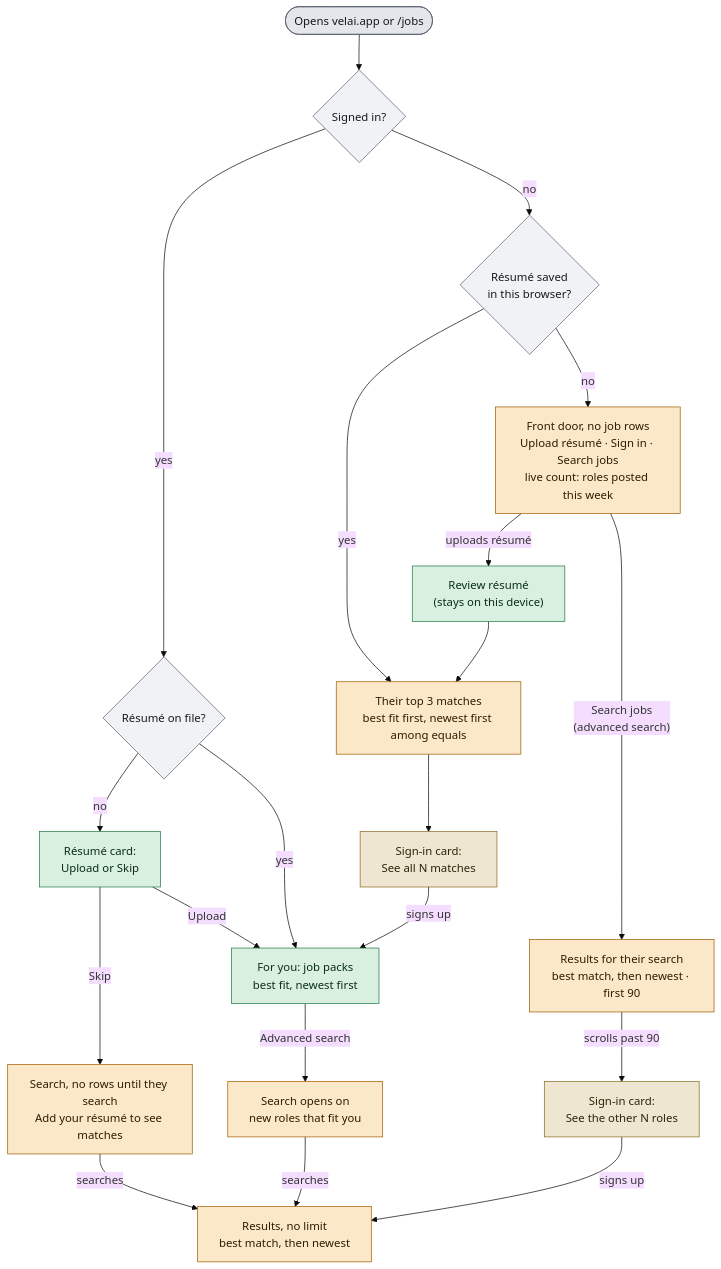
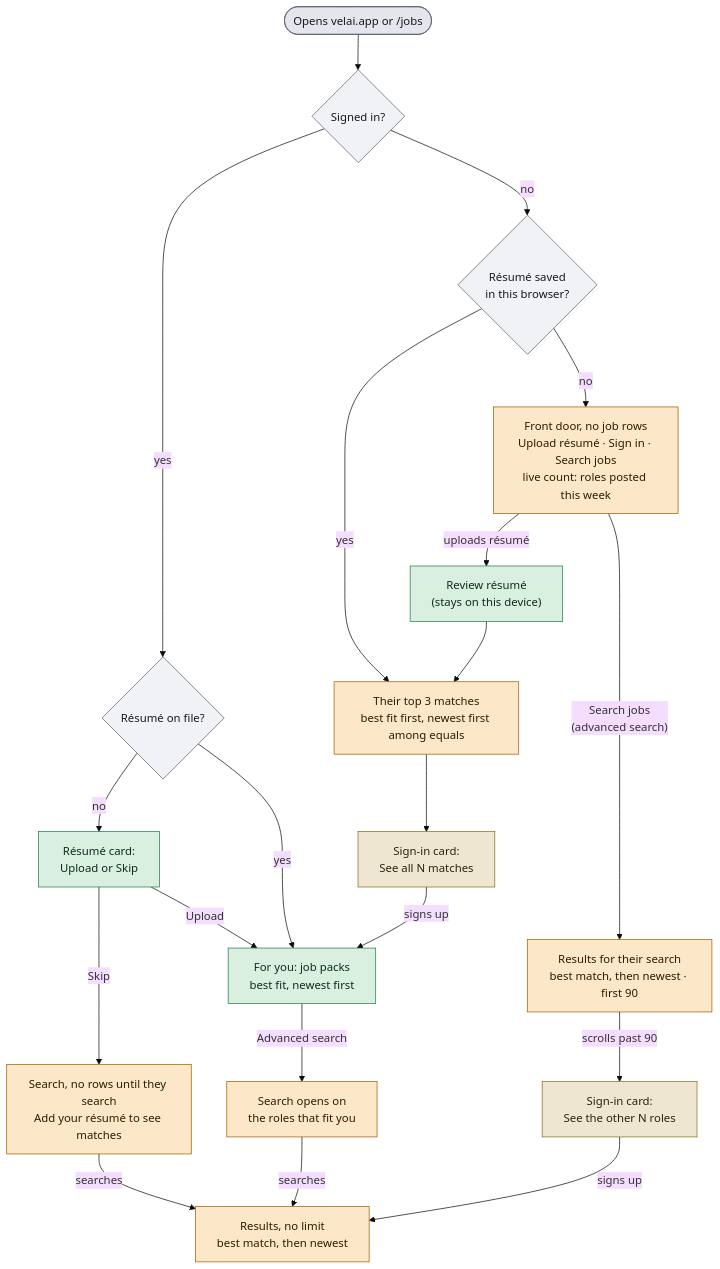
The second of 2 diagrams in tests/journeys/MAP.md (vvknyn/intervu), drawn with Mermaid (base theme) before and after one commit. The commit also changed other lines of this file, not shown here.

Commit message:
docs(journeys): MAP.md names what #711 and the search PR change
#711 now carries the /jobs front door and résumé-first Search, and the
search relevance PR the 90-day window and the country fix.

Claude-Session: https://claude.ai/code/session_012xiZCb2yFHNMiCuari5Mor

````diff
--- a/tests/journeys/MAP.md
+++ b/tests/journeys/MAP.md
@@ -41,27 +41,27 @@
 ```mermaid
 flowchart TD
   A([Opens velai.app or /jobs]):::entry --> B{Signed in?}
   B -- no --> C{Résumé saved<br/>in this browser?}
   C -- no --> D["Front door, no job rows<br/>Upload résumé · Sign in · Search jobs<br/>live count: roles posted this week"]:::new
   C -- yes --> I
   D -- uploads résumé --> R["Review résumé<br/>(stays on this device)"]:::same --> I["Their top 3 matches<br/>best fit first, newest first among equals"]:::new
   I --> G2["Sign-in card:<br/>See all N matches"]:::gate
   D -- Search jobs<br/>(advanced search) --> F["Results for their search<br/>best match, then newest · first 90"]:::new
   F -- scrolls past 90 --> G1["Sign-in card:<br/>See the other N roles"]:::gate
   B -- yes --> J{Résumé on file?}
   J -- no --> K["Résumé card:<br/>Upload or Skip"]:::same
   K -- Skip --> L["Search, no rows until they search<br/>Add your résumé to see matches"]:::new
   K -- Upload --> M
   J -- yes --> M["For you: job packs<br/>best fit, newest first"]:::same
-  M -- Advanced search --> N["Search opens on<br/>new roles that fit you"]:::new
+  M -- Advanced search --> N["Search opens on<br/>the roles that fit you"]:::new
   L -- searches --> F2["Results, no limit<br/>best match, then newest"]:::new
   N -- searches --> F2
   G1 -- signs up --> F2
   G2 -- signs up --> M
   classDef gate fill:#efe6d2,stroke:#8a6a1f,color:#2e2308
   classDef entry fill:#e4e6ec,stroke:#5a6070,color:#17191e
   classDef new fill:#fbe8c8,stroke:#a15c00,color:#2f1c00
   classDef same fill:#d9efe0,stroke:#1f7a44,color:#0b2e19
   classDef q fill:#f1f2f5,stroke:#5a6070,color:#17191e
   class B,C,J q
 ```
````
